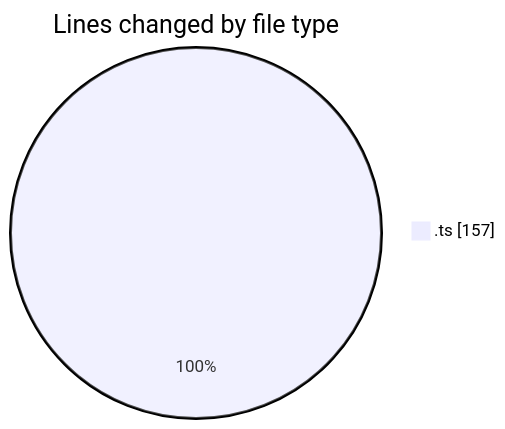
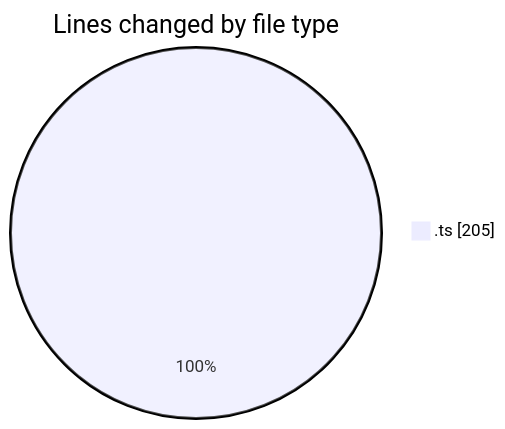
One commit to momahboobian/code-tracking changed the first of 2 diagrams in 2025-11-27/cda/README.md. Above: the diagram before and after it, drawn with Mermaid. The commit also changed other lines of this file and 1 other file, not shown here.

````diff
--- a/2025-11-27/cda/README.md
+++ b/2025-11-27/cda/README.md
@@ -21,5 +21,5 @@
 ```mermaid
 pie showData
 title Lines changed by file type
-".ts" : 157
+".ts" : 205
 ```
````
